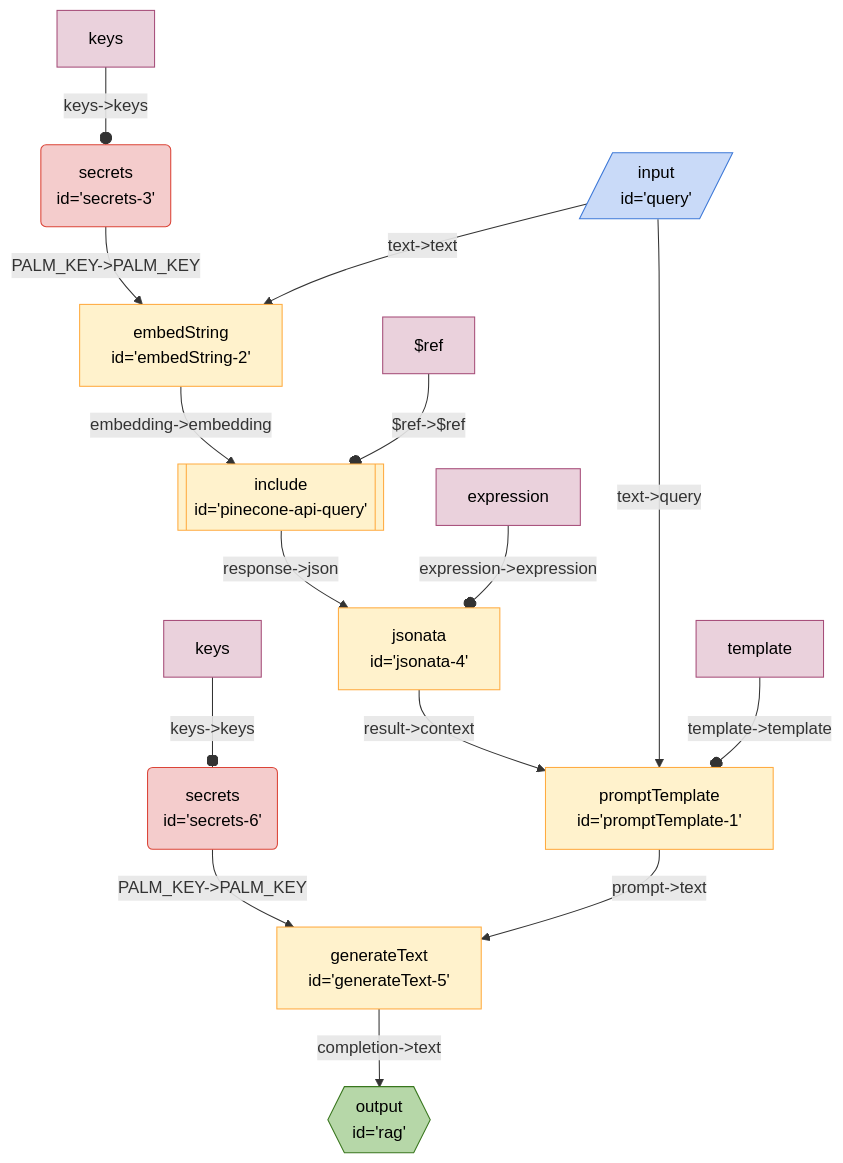
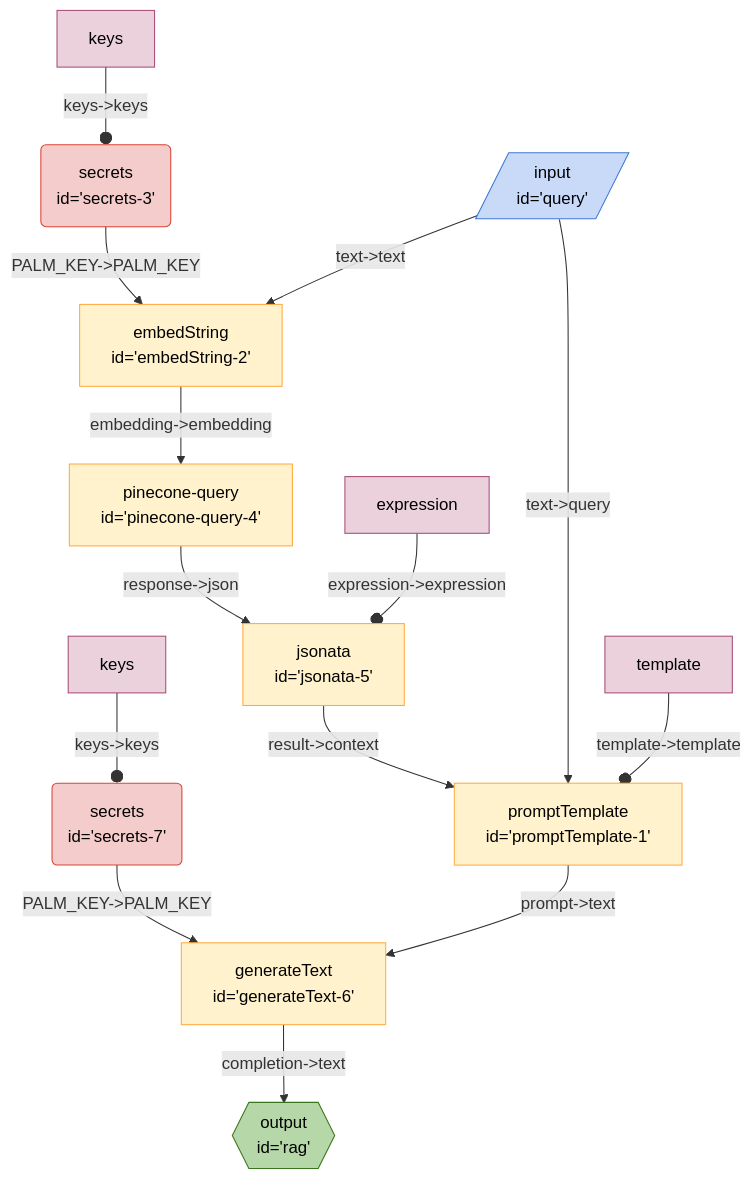
Before and after one commit to breadboard-ai/breadboard: the diagram in seeds/graph-playground/docs/graphs/pinecone-query.md, drawn with Mermaid. The commit also changed 7 other files, not shown here.

Commit message:
[graph-playground] Start using `pinecone-kit`.

````diff
--- a/seeds/graph-playground/docs/graphs/pinecone-query.md
+++ b/seeds/graph-playground/docs/graphs/pinecone-query.md
@@ -5,26 +5,25 @@
   ```mermaid
   %%{init: 'themeVariables': { 'fontFamily': 'Fira Code, monospace' }}%%
 graph TD;
 secrets3("secrets <br> id='secrets-3'"):::secrets -- "PALM_KEY->PALM_KEY" --> embedString2["embedString <br> id='embedString-2'"]
-jsonata4["jsonata <br> id='jsonata-4'"] -- "result->context" --> promptTemplate1["promptTemplate <br> id='promptTemplate-1'"]
-pineconeapiquery[["include <br> id='pinecone-api-query'"]]:::include -- "response->json" --> jsonata4["jsonata <br> id='jsonata-4'"]
-embedString2["embedString <br> id='embedString-2'"] -- "embedding->embedding" --> pineconeapiquery[["include <br> id='pinecone-api-query'"]]:::include
+jsonata5["jsonata <br> id='jsonata-5'"] -- "result->context" --> promptTemplate1["promptTemplate <br> id='promptTemplate-1'"]
+pineconequery4["pinecone-query <br> id='pinecone-query-4'"] -- "response->json" --> jsonata5["jsonata <br> id='jsonata-5'"]
+embedString2["embedString <br> id='embedString-2'"] -- "embedding->embedding" --> pineconequery4["pinecone-query <br> id='pinecone-query-4'"]
 query[/"input <br> id='query'"/]:::input -- "text->text" --> embedString2["embedString <br> id='embedString-2'"]
 query[/"input <br> id='query'"/]:::input -- "text->query" --> promptTemplate1["promptTemplate <br> id='promptTemplate-1'"]
-secrets6("secrets <br> id='secrets-6'"):::secrets -- "PALM_KEY->PALM_KEY" --> generateText5["generateText <br> id='generateText-5'"]
-generateText5["generateText <br> id='generateText-5'"] -- "completion->text" --> rag{{"output <br> id='rag'"}}:::output
-promptTemplate1["promptTemplate <br> id='promptTemplate-1'"] -- "prompt->text" --> generateText5["generateText <br> id='generateText-5'"]
+secrets7("secrets <br> id='secrets-7'"):::secrets -- "PALM_KEY->PALM_KEY" --> generateText6["generateText <br> id='generateText-6'"]
+generateText6["generateText <br> id='generateText-6'"] -- "completion->text" --> rag{{"output <br> id='rag'"}}:::output
+promptTemplate1["promptTemplate <br> id='promptTemplate-1'"] -- "prompt->text" --> generateText6["generateText <br> id='generateText-6'"]
 templatepromptTemplate1[template]:::config -- "template->template" --o promptTemplate1
-$refpineconeapiquery[$ref]:::config -- "$ref->$ref" --o pineconeapiquery
 keyssecrets3[keys]:::config -- "keys->keys" --o secrets3
-expressionjsonata4[expression]:::config -- "expression->expression" --o jsonata4
-keyssecrets6[keys]:::config -- "keys->keys" --o secrets6
+expressionjsonata5[expression]:::config -- "expression->expression" --o jsonata5
+keyssecrets7[keys]:::config -- "keys->keys" --o secrets7
 classDef default stroke:#ffab40,fill:#fff2ccff,color:#000
 classDef input stroke:#3c78d8,fill:#c9daf8ff,color:#000
 classDef output stroke:#38761d,fill:#b6d7a8ff,color:#000
 classDef passthrough stroke:#a64d79,fill:#ead1dcff,color:#000
 classDef slot stroke:#a64d79,fill:#ead1dcff,color:#000
 classDef config stroke:#a64d79,fill:#ead1dcff,color:#000
 classDef secrets stroke:#db4437,fill:#f4cccc,color:#000
 classDef slotted stroke:#a64d79
   ```
````
